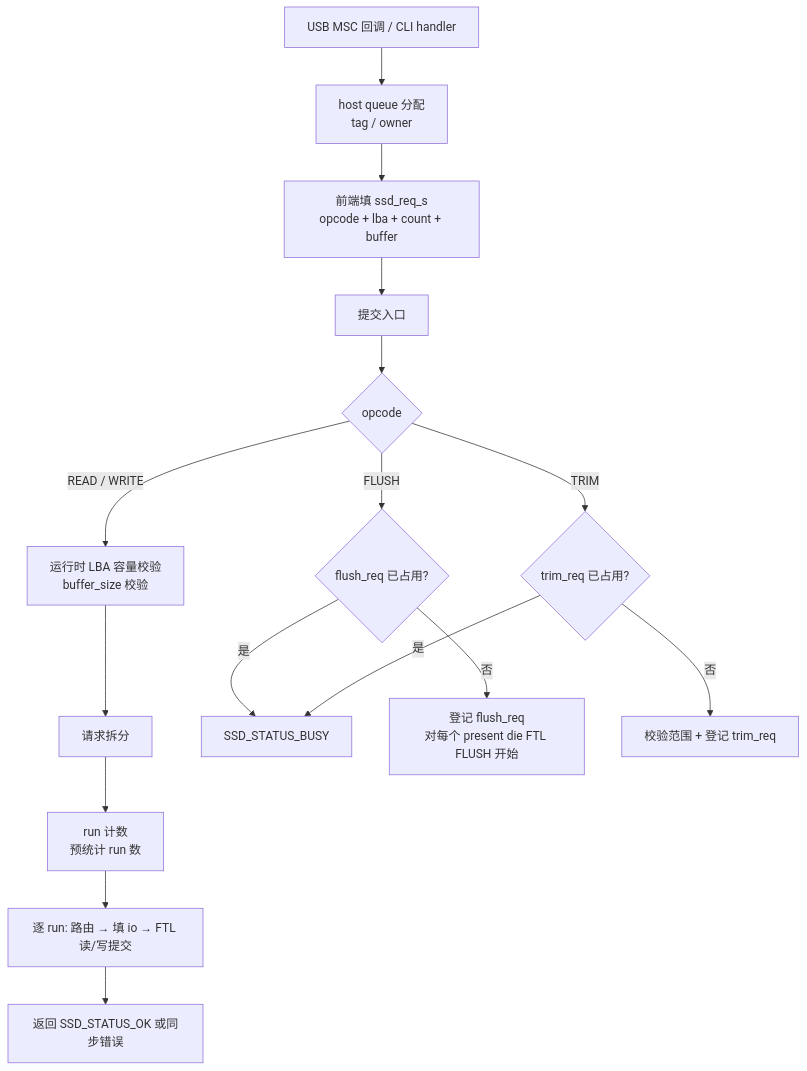
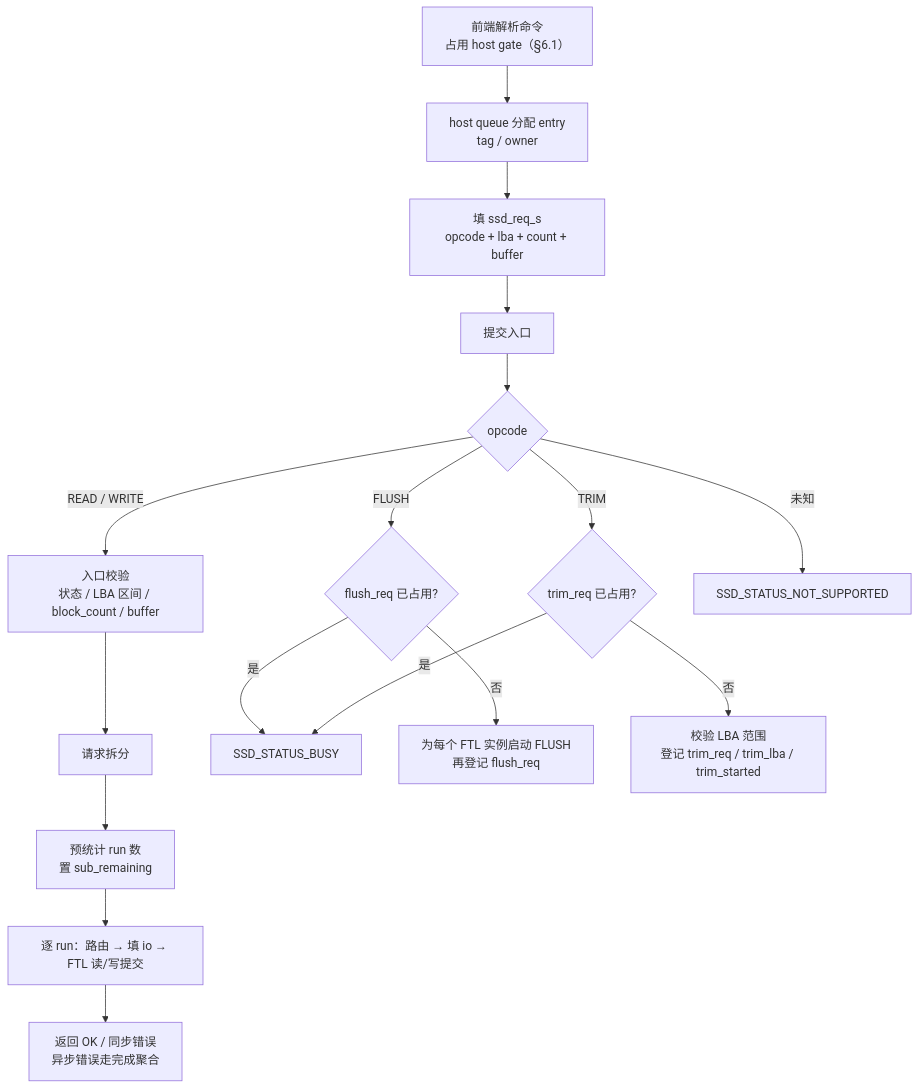
Before and after one commit to YzYMIAO/BASESSD: the first of 4 diagrams in docs/design/hil_design.md, drawn with Mermaid. The commit also changed other lines of this file and 18 other files, not shown here.

````diff
--- a/docs/design/hil_design.md
+++ b/docs/design/hil_design.md
@@ -206,18 +219,19 @@
 ```mermaid
 flowchart TD
-    A[USB MSC 回调 / CLI handler] --> C[host queue 分配<br/>tag / owner]
-    C --> B[前端填 ssd_req_s<br/>opcode + lba + count + buffer]
-    B --> D[提交入口]
-    D --> E{opcode}
-    E -->|READ / WRITE| F[运行时 LBA 容量校验<br/>buffer_size 校验]
-    F --> G[请求拆分]
-    G --> H[run 计数<br/>预统计 run 数]
-    H --> I[逐 run: 路由 → 填 io → FTL 读/写提交]
-    E -->|FLUSH| J{flush_req 已占用?}
-    J -->|是| K[SSD_STATUS_BUSY]
-    J -->|否| L[登记 flush_req<br/>对每个 present die FTL FLUSH 开始]
-    E -->|TRIM| M{trim_req 已占用?}
-    M -->|是| K
-    M -->|否| N[校验范围 + 登记 trim_req]
-    I --> O[返回 SSD_STATUS_OK 或同步错误]
+    A["前端解析命令<br/>占用 host gate（§6.1）"] --> B["host queue 分配 entry<br/>tag / owner"]
+    B --> C["填 ssd_req_s<br/>opcode + lba + count + buffer"]
+    C --> D["提交入口"]
+    D --> E{"opcode"}
+    E -->|"READ / WRITE"| F["入口校验<br/>状态 / LBA 区间 / block_count / buffer"]
+    F --> G["请求拆分"]
+    G --> H["预统计 run 数<br/>置 sub_remaining"]
+    H --> I["逐 run：路由 → 填 io → FTL 读/写提交"]
+    E -->|"FLUSH"| J{"flush_req 已占用?"}
+    J -->|"是"| K["SSD_STATUS_BUSY"]
+    J -->|"否"| L["为每个 FTL 实例启动 FLUSH<br/>再登记 flush_req"]
+    E -->|"TRIM"| M{"trim_req 已占用?"}
+    M -->|"是"| K
+    M -->|"否"| N["校验 LBA 范围<br/>登记 trim_req / trim_lba / trim_started"]
+    E -->|"未知"| P["SSD_STATUS_NOT_SUPPORTED"]
+    I --> O["返回 OK / 同步错误<br/>异步错误走完成聚合"]
 ```
````
